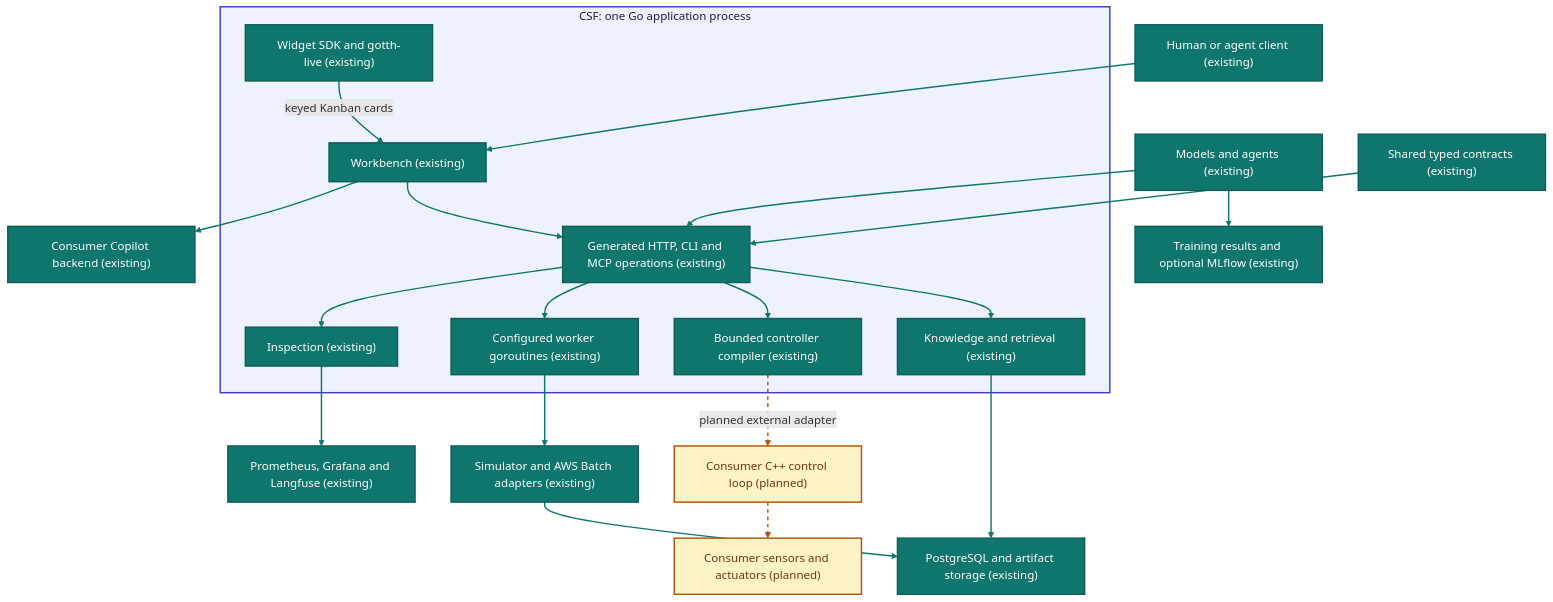
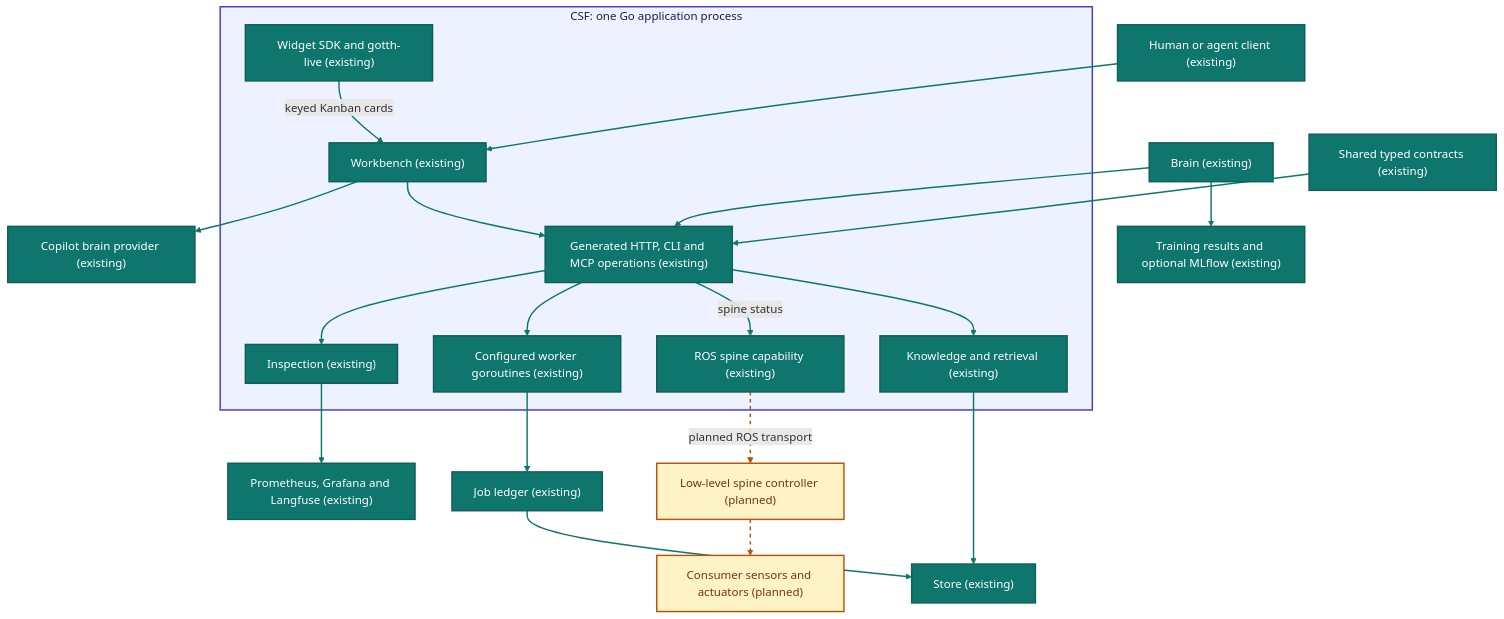
Before and after one commit to candacelabs/csf: the second of 2 diagrams in README.md, drawn with Mermaid. The commit also changed other lines of this file and 1376 other files, not shown here.

````diff
--- a/README.md
+++ b/README.md
@@ -227,61 +300,61 @@
 ```mermaid
 %% Generated from csf/compiler/language/architecture.csf; do not edit.
 %% Documentation model only; status labels do not establish runtime verification.
 flowchart TB
   classDef csf_existing fill:#0F766E,stroke:#115E59,stroke-width:2px,color:#FFFFFF;
   classDef csf_planned fill:#FEF3C7,stroke:#B45309,stroke-width:2px,color:#78350F;
   n_human["Human or agent client (existing)"]:::csf_existing
-  n_brain["Models and agents (existing)"]:::csf_existing
+  n_brain["Brain (existing)"]:::csf_existing
   n_contracts["Shared typed contracts (existing)"]:::csf_existing
-  n_stores["PostgreSQL and artifact storage (existing)"]:::csf_existing
-  n_jobs["Simulator and AWS Batch adapters (existing)"]:::csf_existing
+  n_stores["Store (existing)"]:::csf_existing
+  n_jobs["Job ledger (existing)"]:::csf_existing
   n_views["Prometheus#44; Grafana and Langfuse (existing)"]:::csf_existing
   n_experiments["Training results and optional MLflow (existing)"]:::csf_existing
-  n_vendor["Consumer Copilot backend (existing)"]:::csf_existing
-  n_spine["Consumer C#43;#43; control loop (planned)"]:::csf_planned
+  n_vendor["Copilot brain provider (existing)"]:::csf_existing
+  n_spine["Low#45;level spine controller (planned)"]:::csf_planned
   n_hardware["Consumer sensors and actuators (planned)"]:::csf_planned
   subgraph g_host["CSF#58; one Go application process"]
     n_bench["Workbench (existing)"]:::csf_existing
     n_api["Generated HTTP#44; CLI and MCP operations (existing)"]:::csf_existing
     n_knowledge["Knowledge and retrieval (existing)"]:::csf_existing
-    n_compiler["Bounded controller compiler (existing)"]:::csf_existing
+    n_ros["ROS spine capability (existing)"]:::csf_existing
     n_workers["Configured worker goroutines (existing)"]:::csf_existing
     n_inspect["Inspection (existing)"]:::csf_existing
     n_widgets["Widget SDK and gotth#45;live (existing)"]:::csf_existing
   end
   style g_host fill:#EEF2FF,stroke:#4338CA,stroke-width:2px,color:#1E1B4B
   n_human --> n_bench
   n_brain --> n_api
   n_contracts --> n_api
   n_bench --> n_api
   n_bench --> n_vendor
   n_api --> n_knowledge
-  n_api --> n_compiler
+  n_api -->|"spine status"| n_ros
   n_api --> n_workers
   n_api --> n_inspect
   n_knowledge --> n_stores
   n_workers --> n_jobs
   n_jobs --> n_stores
   n_inspect --> n_views
   n_brain --> n_experiments
   n_widgets -->|"keyed Kanban cards"| n_bench
-  n_compiler -.->|"planned external adapter"| n_spine
+  n_ros -.->|"planned ROS transport"| n_spine
   n_spine -.-> n_hardware
   linkStyle 0 stroke:#0F766E,stroke-width:2px
   linkStyle 1 stroke:#0F766E,stroke-width:2px
   linkStyle 2 stroke:#0F766E,stroke-width:2px
   linkStyle 3 stroke:#0F766E,stroke-width:2px
   linkStyle 4 stroke:#0F766E,stroke-width:2px
   linkStyle 5 stroke:#0F766E,stroke-width:2px
   linkStyle 6 stroke:#0F766E,stroke-width:2px
   linkStyle 7 stroke:#0F766E,stroke-width:2px
   linkStyle 8 stroke:#0F766E,stroke-width:2px
   linkStyle 9 stroke:#0F766E,stroke-width:2px
   linkStyle 10 stroke:#0F766E,stroke-width:2px
   linkStyle 11 stroke:#0F766E,stroke-width:2px
   linkStyle 12 stroke:#0F766E,stroke-width:2px
   linkStyle 13 stroke:#0F766E,stroke-width:2px
   linkStyle 14 stroke:#0F766E,stroke-width:2px
   linkStyle 15 stroke:#B45309,stroke-width:2px,stroke-dasharray:5 5
   linkStyle 16 stroke:#B45309,stroke-width:2px,stroke-dasharray:5 5
 ```
````
